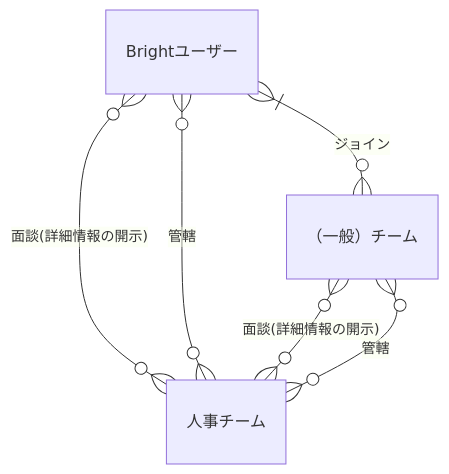
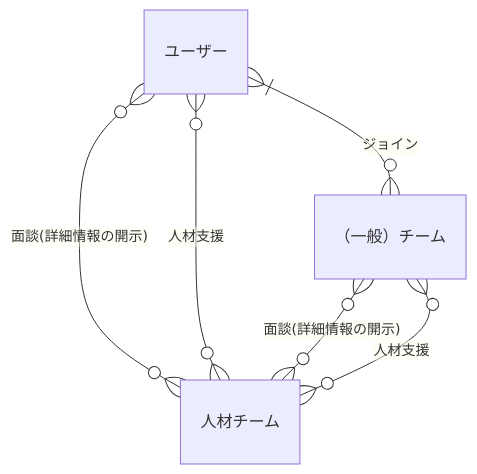
One commit to bright-org/bright changed the sixth of 11 diagrams in docs/conceptual_schemas/users.md. Above: the diagram before and after it, drawn with Mermaid. The commit also changed other lines of this file, not shown here.

````diff
--- a/docs/conceptual_schemas/users.md
+++ b/docs/conceptual_schemas/users.md
@@ -89,8 +83,8 @@
 ```mermaid
 erDiagram
-  "Brightユーザー"}|--o{"（一般）チーム" : "ジョイン"
-  "Brightユーザー"}o--o{"人事チーム" : "面談(詳細情報の開示)"
-  "Brightユーザー"}o--o{"人事チーム" : "管轄"
-  "（一般）チーム"}o--o{"人事チーム" : "面談(詳細情報の開示)"
-  "（一般）チーム"}o--o{"人事チーム" : "管轄"
+  "ユーザー"}|--o{"（一般）チーム" : "ジョイン"
+  "ユーザー"}o--o{"人材チーム" : "面談(詳細情報の開示)"
+  "ユーザー"}o--o{"人材チーム" : "人材支援"
+  "（一般）チーム"}o--o{"人材チーム" : "面談(詳細情報の開示)"
+  "（一般）チーム"}o--o{"人材チーム" : "人材支援"
 ```
````
